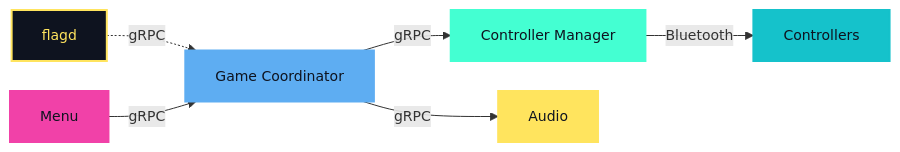
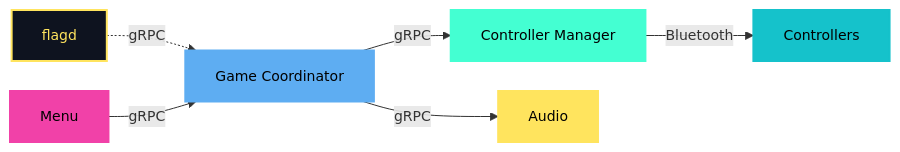
The third of 7 diagrams in cloud-native-linz-presentation/slides.md (WatchMeJoustMyFlags/kubecon-material), drawn with Mermaid before and after one commit. The commit also changed other lines of this file, not shown here.

````diff
--- a/cloud-native-linz-presentation/slides.md
+++ b/cloud-native-linz-presentation/slides.md
@@ -226,23 +226,23 @@
 ```mermaid {scale:0.7}
 %%{init: {'themeVariables': {'fontSize': '14px'}, 'flowchart': {'nodeSpacing': 30, 'rankSpacing': 40}}}%%
 graph LR
     Flagd[flagd]
     Menu[Menu]
     GC[Game Coordinator]
     CM[Controller Manager]
     Audio[Audio]
     Controllers[Controllers]
 
     Flagd -.->|gRPC| GC
     Menu -->|gRPC| GC
     GC -->|gRPC| CM
     GC -->|gRPC| Audio
     CM -->|Bluetooth| Controllers
 
     style Flagd fill:#0e131f,stroke:#ffe45e,stroke-width:2px,color:#ffe45e
-    style Menu fill:#f141a8,stroke:#f141a8,stroke-width:2px,color:#0e131f
-    style GC fill:#5eadf2,stroke:#5eadf2,stroke-width:2px,color:#0e131f
-    style CM fill:#44ffd2,stroke:#44ffd2,stroke-width:2px,color:#0e131f
-    style Audio fill:#ffe45e,stroke:#ffe45e,stroke-width:2px,color:#0e131f
-    style Controllers fill:#15c2cb,stroke:#15c2cb,stroke-width:2px,color:#0e131f
+    style Menu fill:#f141a8,stroke:#f141a8,stroke-width:2px,color:#000000
+    style GC fill:#5eadf2,stroke:#5eadf2,stroke-width:2px,color:#000000
+    style CM fill:#44ffd2,stroke:#44ffd2,stroke-width:2px,color:#000000
+    style Audio fill:#ffe45e,stroke:#ffe45e,stroke-width:2px,color:#000000
+    style Controllers fill:#15c2cb,stroke:#15c2cb,stroke-width:2px,color:#000000
 ```
````
